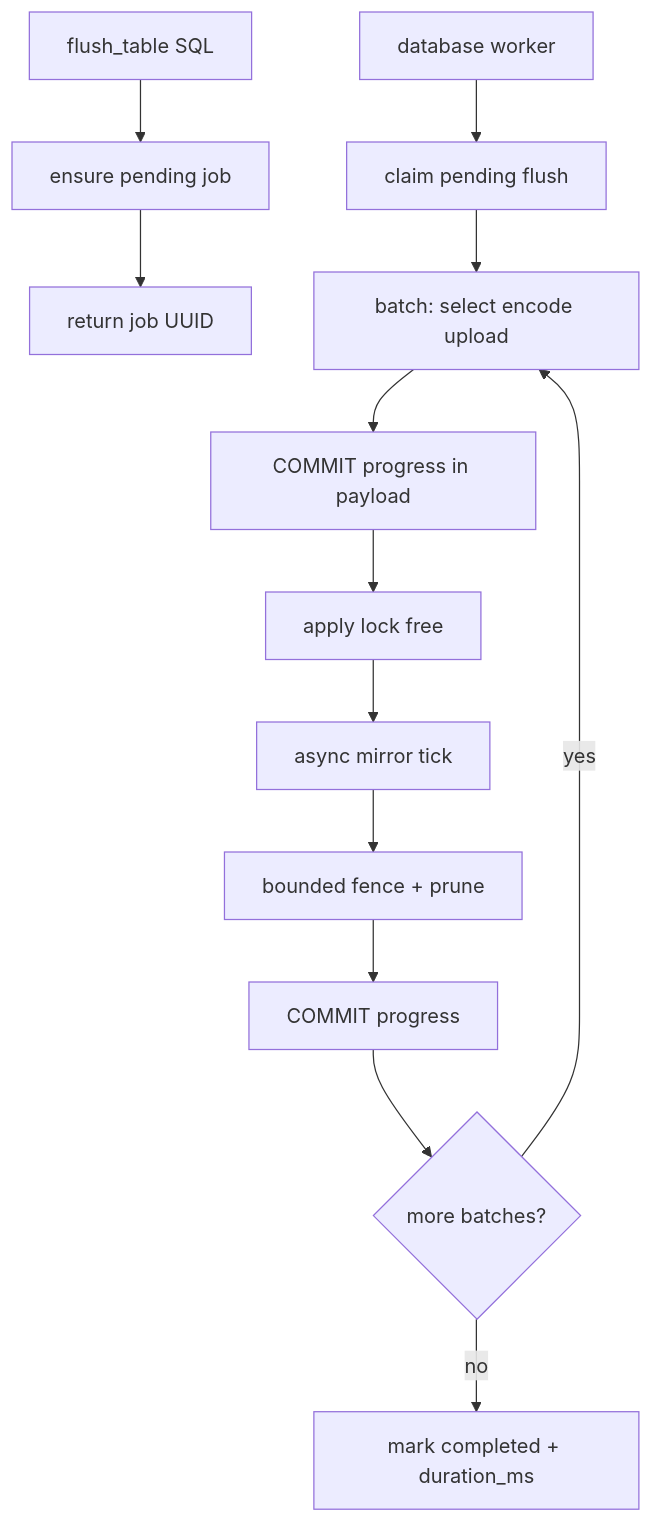
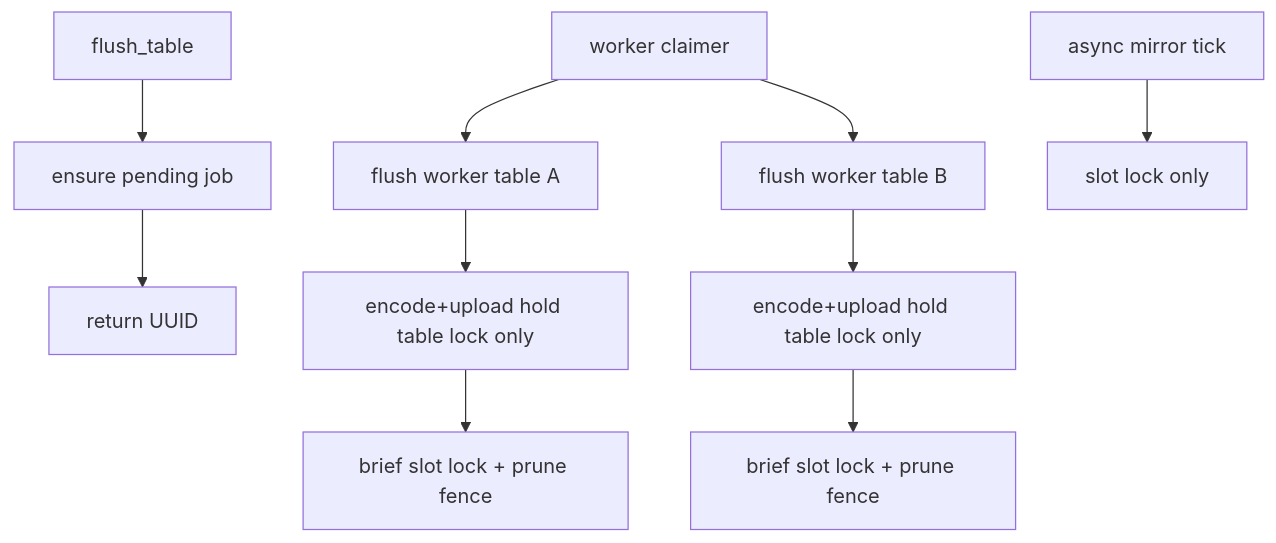
One commit to kalamdb/koldstore changed the first of 2 diagrams in docs/plans/2026-08-05-worker-flush-job-queue.md. Above: the diagram before and after it, drawn with Mermaid. The commit also changed other lines of this file, not shown here.

````diff
--- a/docs/plans/2026-08-05-worker-flush-job-queue.md
+++ b/docs/plans/2026-08-05-worker-flush-job-queue.md
@@ -71,15 +83,12 @@
 ```mermaid
 flowchart TD
-  sql["flush_table SQL"] --> ens["ensure pending job"]
-  ens --> ret["return job UUID"]
-  worker["database worker"] --> claim["claim pending flush"]
-  claim --> batch["batch: select encode upload"]
-  batch --> commit1["COMMIT progress in payload"]
-  commit1 --> applyGap["apply lock free"]
-  applyGap --> mirror["async mirror tick"]
-  mirror --> fence["bounded fence + prune"]
-  fence --> commit2["COMMIT progress"]
-  commit2 --> more{"more batches?"}
-  more -->|yes| batch
-  more -->|no| done["mark completed + duration_ms"]
+  sql["flush_table"] --> ens["ensure pending job"]
+  ens --> ret["return UUID"]
+  claimer["worker claimer"] --> jobA["flush worker table A"]
+  claimer --> jobB["flush worker table B"]
+  jobA --> upA["encode+upload hold table lock only"]
+  jobB --> upB["encode+upload hold table lock only"]
+  upA --> fenceA["brief slot lock + prune fence"]
+  upB --> fenceB["brief slot lock + prune fence"]
+  apply["async mirror tick"] --> slot["slot lock only"]
 ```
````
